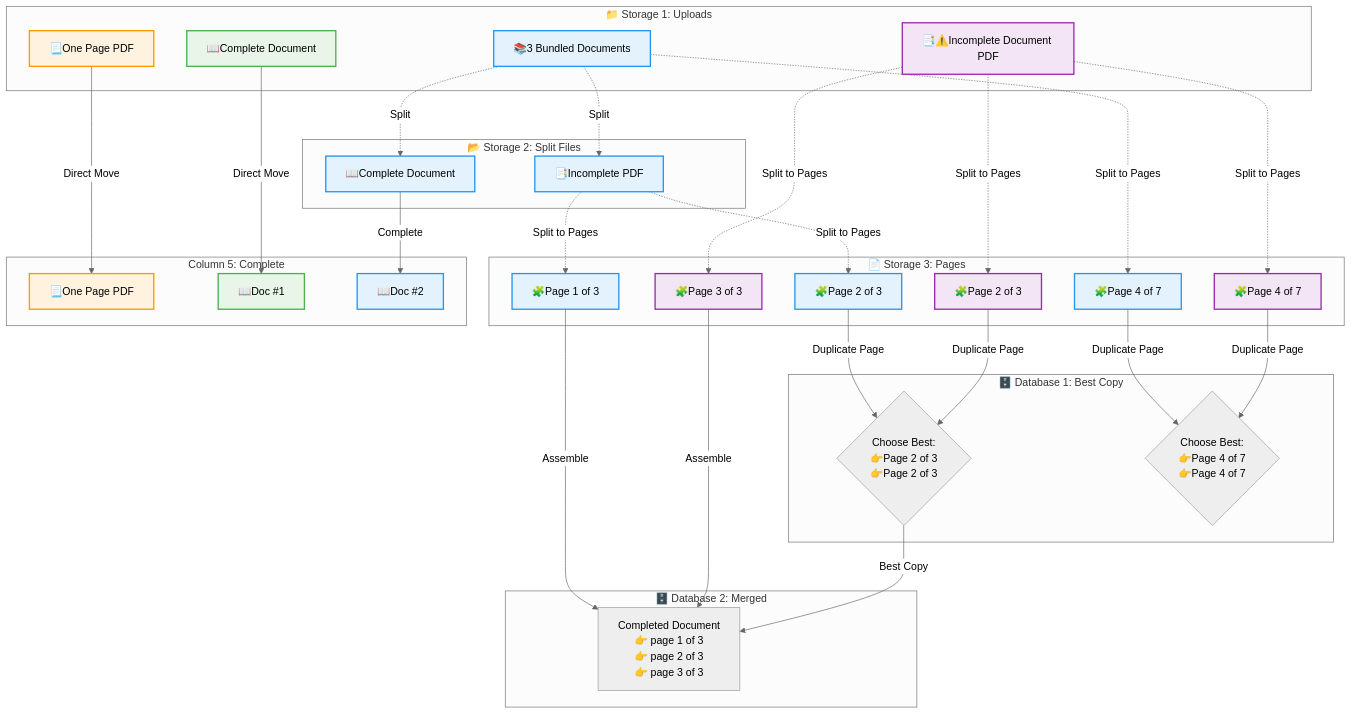
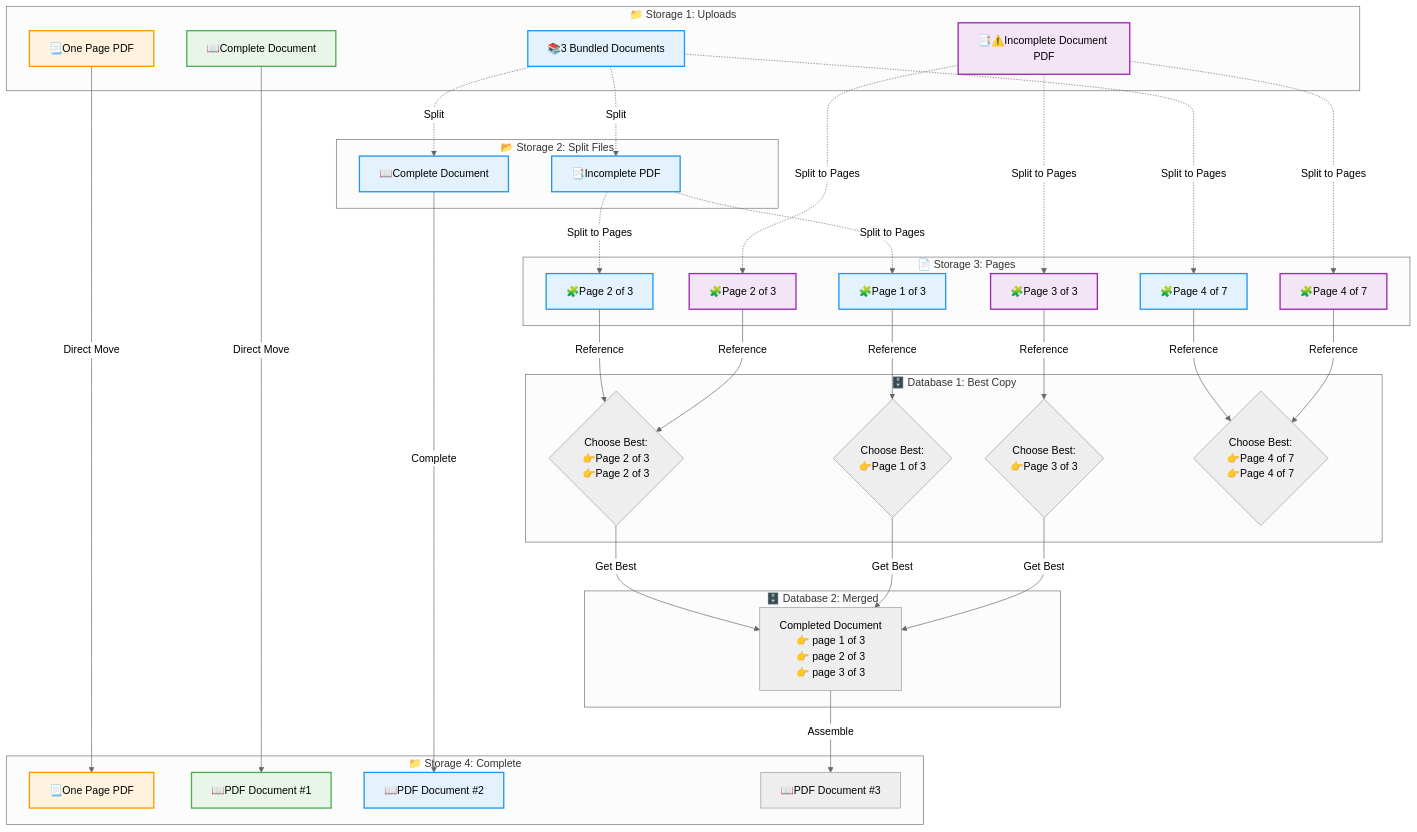
Before and after one commit to Mharbulous/Bookkeeper: the diagram in .plans/1. Ideas/Organizer.md, drawn with Mermaid (neutral theme).

Commit message:
Save progress on doc processing workflow

```diff
--- a/.plans/1. Ideas/Organizer.md
+++ b/.plans/1. Ideas/Organizer.md
@@ -28,27 +28,30 @@
 
     subgraph Col3 ["📄 Storage 3: Pages"]
         SoloPage1["🧩Page 1 of 3"]
+        PageRaw2["🧩Page 2 of 3"]
         SoloPage2["🧩Page 2 of 3"]
+        PageRaw3["🧩Page 3 of 3"]
+        PageRaw1["🧩Page 4 of 7"]
         OnePage_split["🧩Page 4 of 7"]
-        PageRaw1["🧩Page 4 of 7"]
-        PageRaw2["🧩Page 2 of 3"]
-        PageRaw3["🧩Page 3 of 3"]
     end
 
     subgraph Col4 ["🗄️ Database 2: Merged"]
         MergedDoc["Completed Document<br/>👉 page 1 of 3<br/>👉 page 2 of 3<br/>👉 page 3 of 3"]
     end
 
-    subgraph Col5 ["Column 5: Complete"]
+    subgraph Col5 ["📁 Storage 4: Complete"]
 
         OnePageComplete["📃One Page PDF"]
-        CompleteRaw["📖Doc #1"]
-        CompleteSplit["📖Doc #2"]
+        CompleteRaw["📖PDF Document #1"]
+        CompleteSplit["📖PDF Document #2"]
+        CompleteMerged["📖PDF Document #3"]
 
     end
 
     subgraph DB1 ["🗄️ Database 1: Best Copy"]
+        ChooseBestCopy3{"Choose Best:<br/>👉Page 1 of 3"}
         ChooseBestCopy2{"Choose Best:<br/>👉Page 2 of 3<br/>👉Page 2 of 3"}
+        ChooseBestCopy4{"Choose Best:<br/>👉Page 3 of 3"}
         ChooseBestCopy{"Choose Best:<br/>👉Page 4 of 7<br/>👉Page 4 of 7"}
     end
 
@@ -77,17 +80,24 @@
     Incomplete -.->|Split to Pages| PageRaw2
     Incomplete -.->|Split to Pages| PageRaw3
 
-    %% Flow from Column 3 to Column 4 - Duplicate pages
-    OnePage_split -->|Duplicate Page| ChooseBestCopy
-    PageRaw1 -->|Duplicate Page| ChooseBestCopy
-    
-    SoloPage2 -->|Duplicate Page| ChooseBestCopy2
-    PageRaw2 -->|Duplicate Page| ChooseBestCopy2
-    
-    %% Flow from Column 3 to Column 4 - Assembling pages into merged document
-    SoloPage1 -->|Assemble| MergedDoc
-    PageRaw3 -->|Assemble| MergedDoc
-    ChooseBestCopy2 -->|Best Copy| MergedDoc
+    %% Flow from Column 3 to Column 4 - References
+    OnePage_split -->|Reference| ChooseBestCopy
+    PageRaw1 -->|Reference| ChooseBestCopy
+
+    SoloPage2 -->|Reference| ChooseBestCopy2
+    PageRaw2 -->|Reference| ChooseBestCopy2
+
+    %% Flow from Column 3 to Database 1 - Pages to decision nodes
+    SoloPage1 -->|Reference| ChooseBestCopy3
+    PageRaw3 -->|Reference| ChooseBestCopy4
+
+    %% Flow from Database 1 to Database 2 - Decision nodes to merged document
+    ChooseBestCopy2 -->|Get Best| MergedDoc
+    ChooseBestCopy3 -->|Get Best| MergedDoc
+    ChooseBestCopy4 -->|Get Best| MergedDoc
+
+    %% Flow from Database 2 to Storage 4
+    MergedDoc -->|Assemble| CompleteMerged
 
 
     %% Color Coding by Document Source/Family
```
